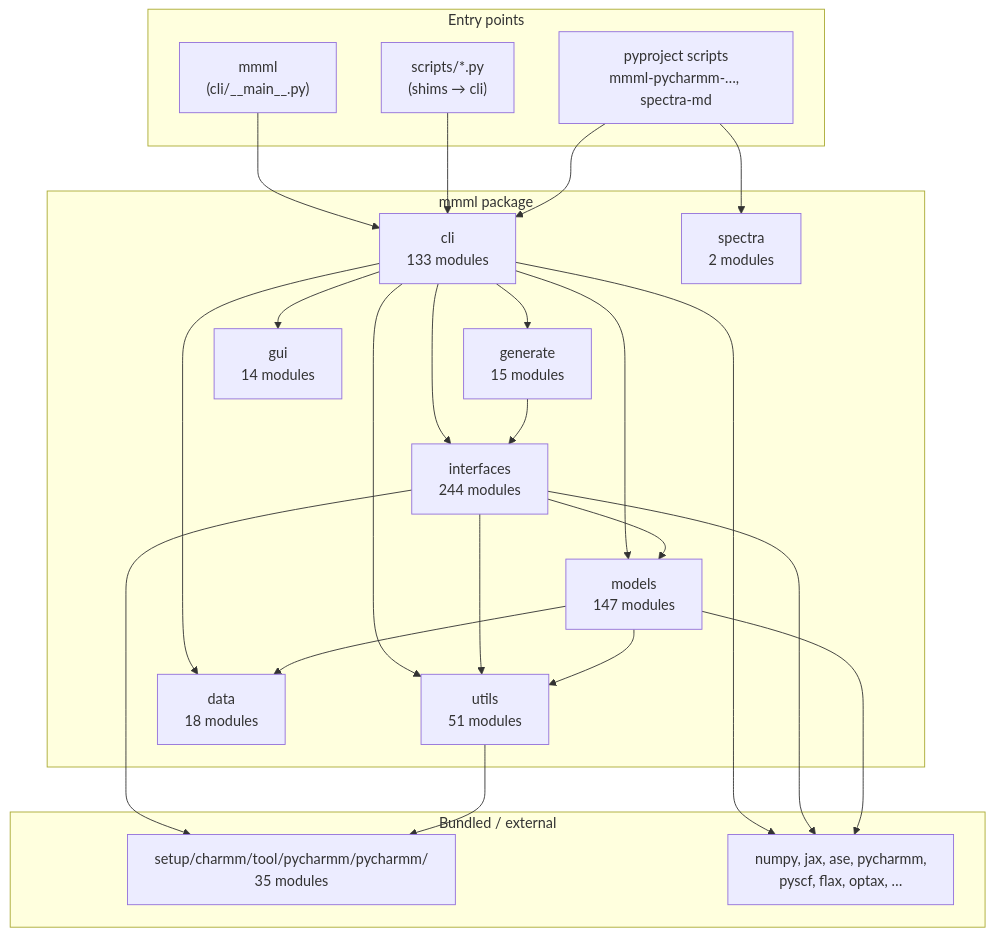
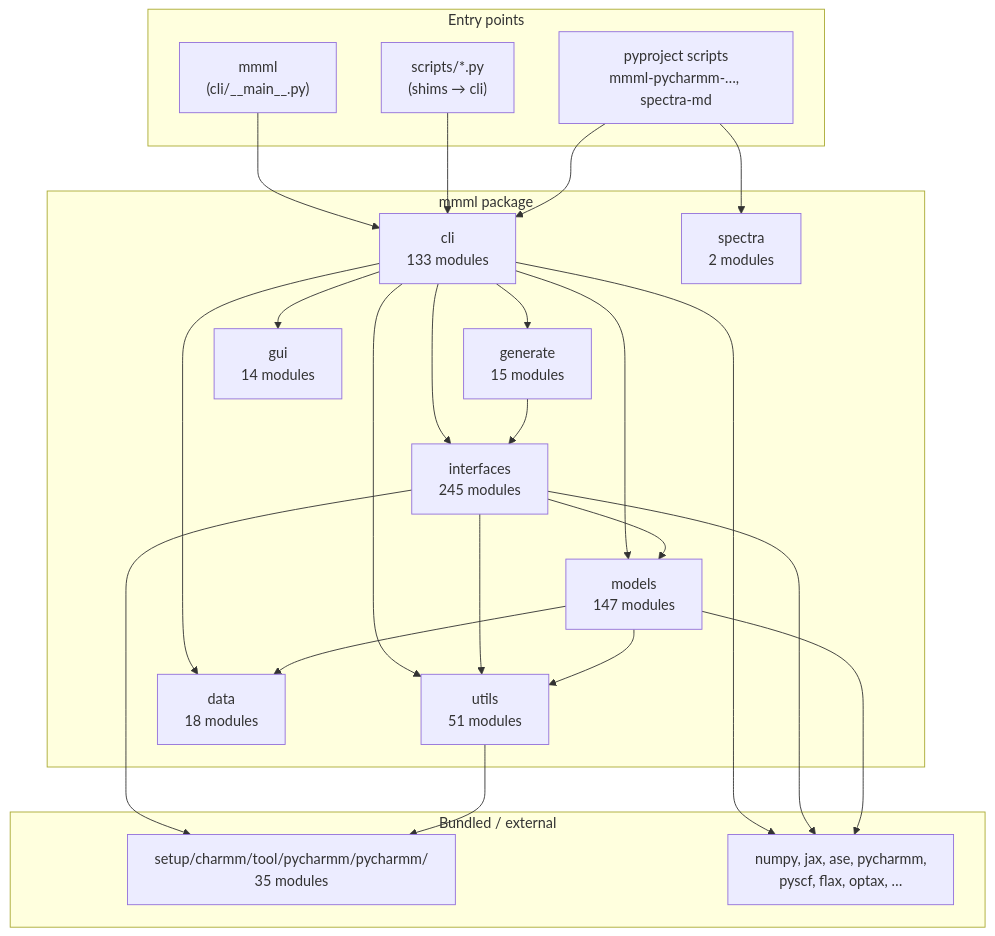
Before and after one commit to EricBoittier/mmml: the first of 8 diagrams in docs/package-architecture.md, drawn with Mermaid. The commit also changed 1 other file, not shown here.

Commit message:
docs: refresh generated CLI help and package architecture
The docs drift check failed after the handoff help text and the interfaces module count changed.

````diff
--- a/docs/package-architecture.md
+++ b/docs/package-architecture.md
@@ -13,48 +13,48 @@
 ```mermaid
 flowchart TB
   subgraph entry["Entry points"]
     MMML["mmml\n(cli/__main__.py)"]
     SCRIPTS["scripts/*.py\n(shims → cli)"]
     PKG["pyproject scripts\nmmml-pycharmm-…, spectra-md"]
   end
 
   subgraph mmml_pkg["mmml package"]
     CLI["cli\n133 modules"]
-    IFACE["interfaces\n244 modules"]
+    IFACE["interfaces\n245 modules"]
     MODELS["models\n147 modules"]
     UTILS["utils\n51 modules"]
     DATA["data\n18 modules"]
     GEN["generate\n15 modules"]
     GUI["gui\n14 modules"]
     SPEC["spectra\n2 modules"]
   end
 
   subgraph vendor["Bundled / external"]
     PYCH["setup/charmm/tool/pycharmm/pycharmm/\n35 modules"]
     EXT["numpy, jax, ase, pycharmm,\npyscf, flax, optax, …"]
   end
 
   MMML --> CLI
   SCRIPTS --> CLI
   PKG --> CLI
   PKG --> SPEC
 
   CLI --> IFACE
   CLI --> MODELS
   CLI --> DATA
   CLI --> UTILS
   CLI --> GEN
   CLI --> GUI
 
   IFACE --> MODELS
   IFACE --> UTILS
   IFACE --> PYCH
   MODELS --> UTILS
   MODELS --> DATA
   UTILS --> PYCH
   GEN --> IFACE
 
   CLI --> EXT
   IFACE --> EXT
   MODELS --> EXT
 ```
````
